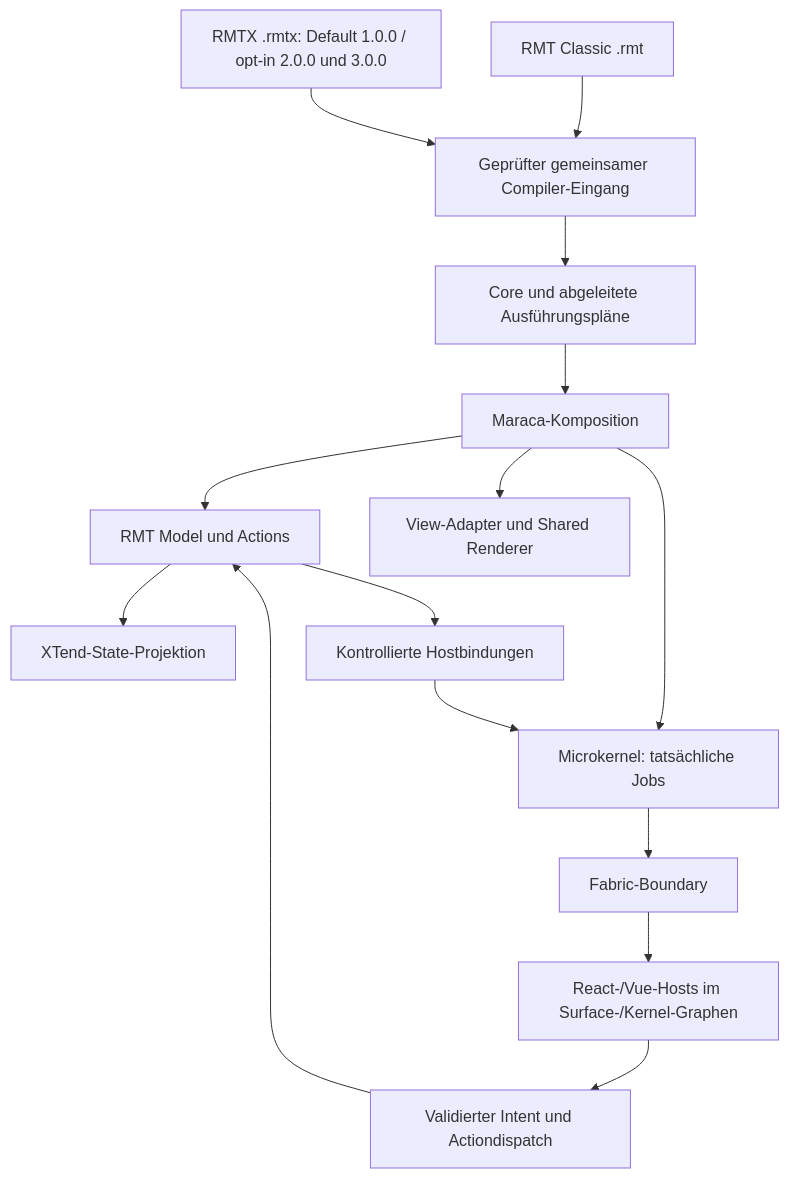
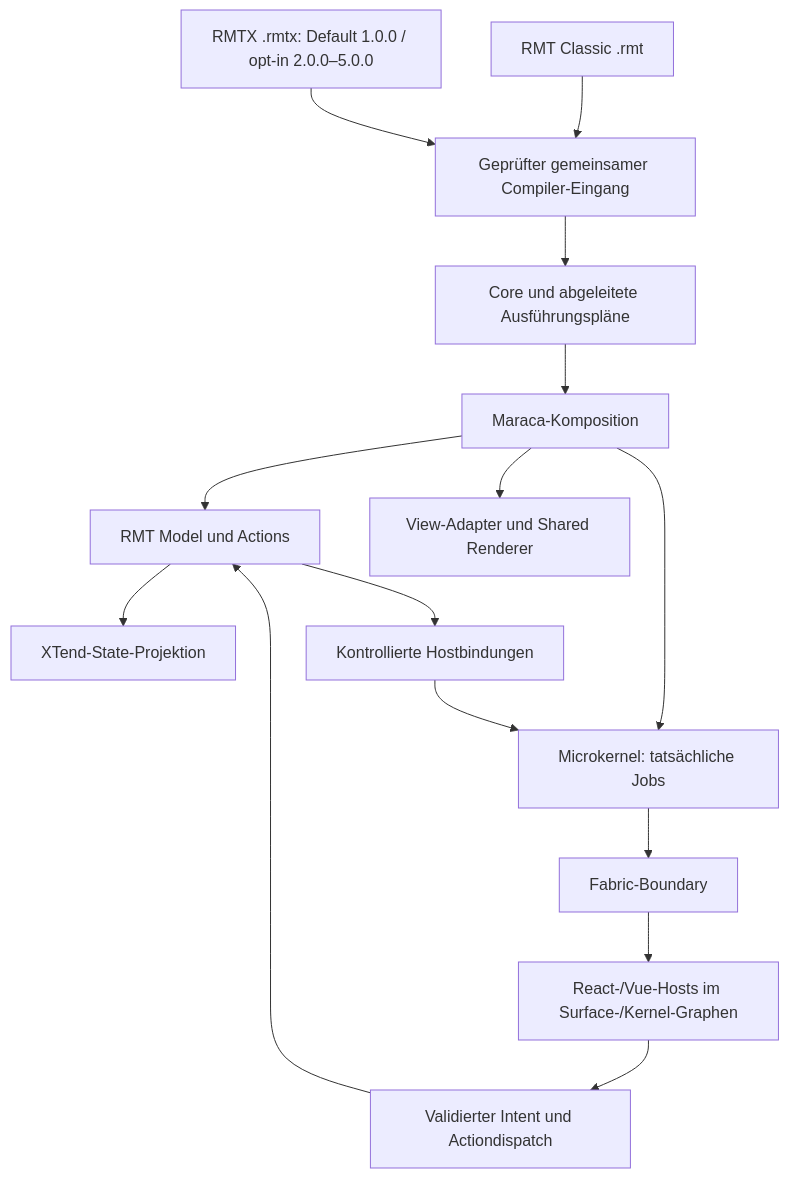
The diagram in development/XTend-0.9-RMTX-und-XTensions-2.0-Bestandsaufnahme.md (konnilabs/xtend), drawn with Mermaid before and after one commit. The commit also changed other lines of this file and 232 other files, not shown here.

````diff
--- a/development/XTend-0.9-RMTX-und-XTensions-2.0-Bestandsaufnahme.md
+++ b/development/XTend-0.9-RMTX-und-XTensions-2.0-Bestandsaufnahme.md
@@ -51,17 +51,17 @@
 ```mermaid
 flowchart TD
   Classic["RMT Classic .rmt"] --> AST["Geprüfter gemeinsamer Compiler-Eingang"]
-  RMTX["RMTX .rmtx: Default 1.0.0 / opt-in 2.0.0 und 3.0.0"] --> AST
+  RMTX["RMTX .rmtx: Default 1.0.0 / opt-in 2.0.0–5.0.0"] --> AST
   AST --> Plans["Core und abgeleitete Ausführungspläne"]
   Plans --> Maraca["Maraca-Komposition"]
   Maraca --> Model["RMT Model und Actions"]
   Model --> State["XTend-State-Projektion"]
   Model --> Binding["Kontrollierte Hostbindungen"]
   Maraca --> Kernel["Microkernel: tatsächliche Jobs"]
   Binding --> Kernel
   Kernel --> Fabric["Fabric-Boundary"]
   Fabric --> Hosts["React-/Vue-Hosts im Surface-/Kernel-Graphen"]
   Hosts --> Intent["Validierter Intent und Actiondispatch"]
   Intent --> Model
   Maraca --> View["View-Adapter und Shared Renderer"]
 ```
````
